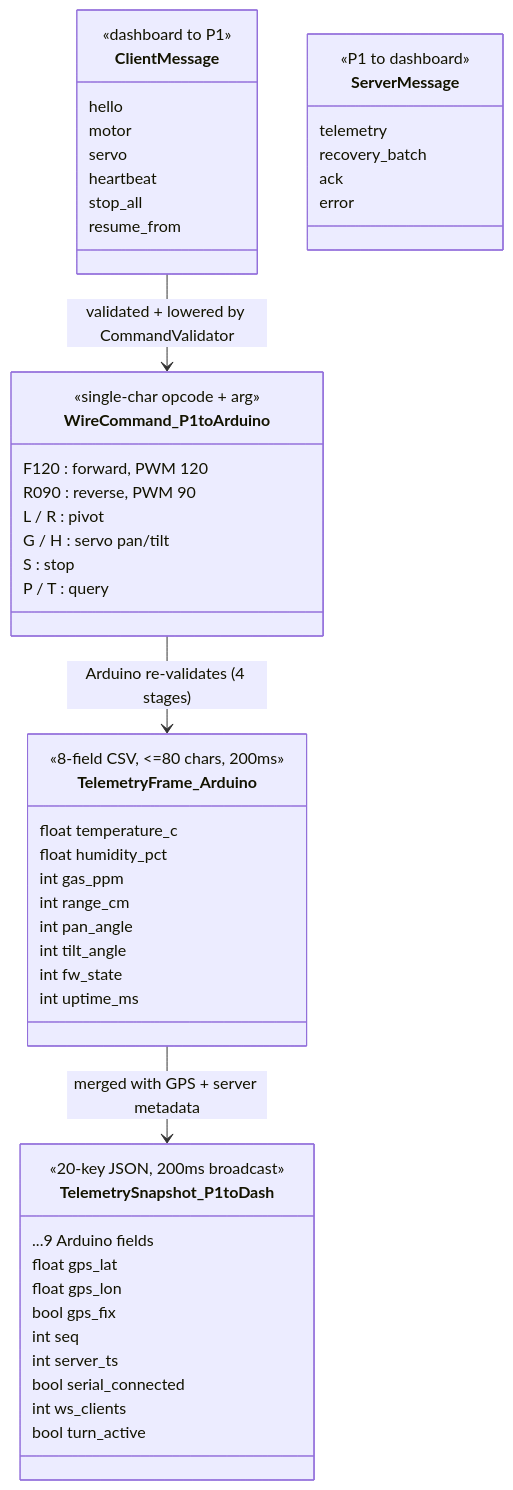
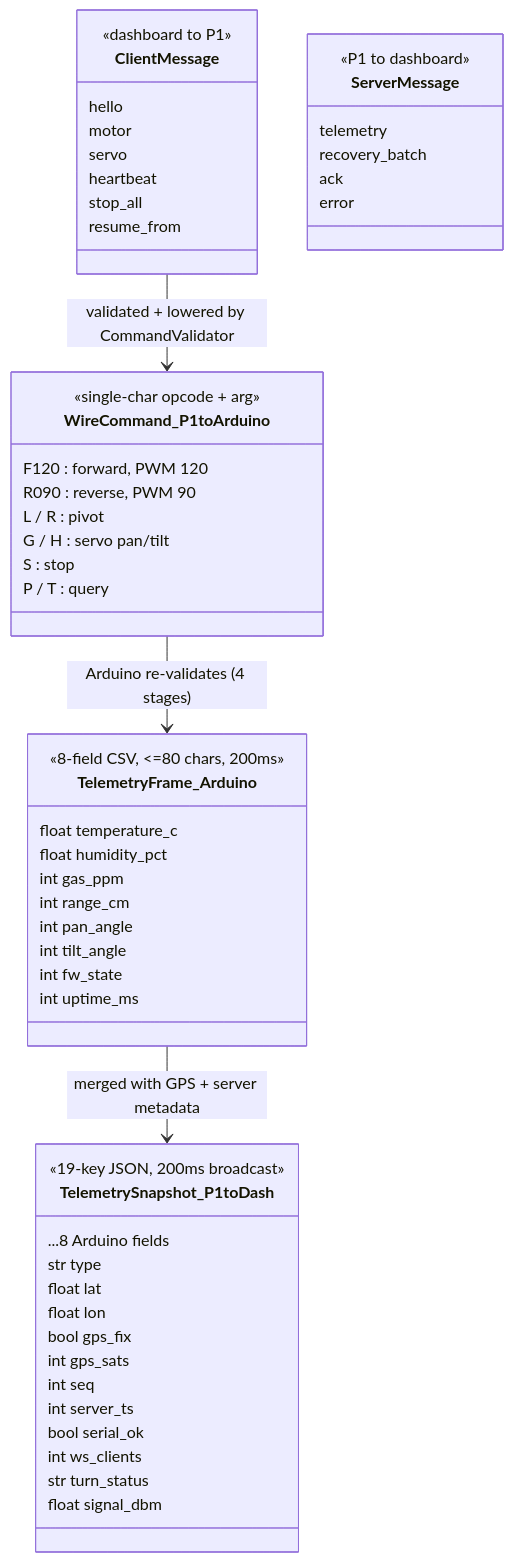
One commit to baiust999/robort-code-from-pi changed the tenth of 16 diagrams in docs/ARCHITECTURE.md. Above: the diagram before and after it, drawn with Mermaid. The commit also changed other lines of this file and 11 other files, not shown here.

````diff
--- a/docs/ARCHITECTURE.md
+++ b/docs/ARCHITECTURE.md
@@ -374,59 +380,62 @@
 ```mermaid
 classDiagram
     class TelemetryFrame_Arduino {
         <<8-field CSV, <=80 chars, 200ms>>
         float temperature_c
         float humidity_pct
         int gas_ppm
         int range_cm
         int pan_angle
         int tilt_angle
         int fw_state
         int uptime_ms
     }
 
     class TelemetrySnapshot_P1toDash {
-        <<20-key JSON, 200ms broadcast>>
-        ...9 Arduino fields
-        float gps_lat
-        float gps_lon
+        <<19-key JSON, 200ms broadcast>>
+        ...8 Arduino fields
+        str type
+        float lat
+        float lon
         bool gps_fix
+        int gps_sats
         int seq
         int server_ts
-        bool serial_connected
+        bool serial_ok
         int ws_clients
-        bool turn_active
+        str turn_status
+        float signal_dbm
     }
 
     class ClientMessage {
         <<dashboard to P1>>
         hello
         motor
         servo
         heartbeat
         stop_all
         resume_from
     }
 
     class ServerMessage {
         <<P1 to dashboard>>
         telemetry
         recovery_batch
         ack
         error
     }
 
     class WireCommand_P1toArduino {
         <<single-char opcode + arg>>
         F120 : forward, PWM 120
         R090 : reverse, PWM 90
         L / R : pivot
         G / H : servo pan/tilt
         S : stop
         P / T : query
     }
 
     TelemetryFrame_Arduino --> TelemetrySnapshot_P1toDash : merged with GPS + server metadata
     ClientMessage --> WireCommand_P1toArduino : validated + lowered by CommandValidator
     WireCommand_P1toArduino --> TelemetryFrame_Arduino : Arduino re-validates (4 stages)
 ```
````
